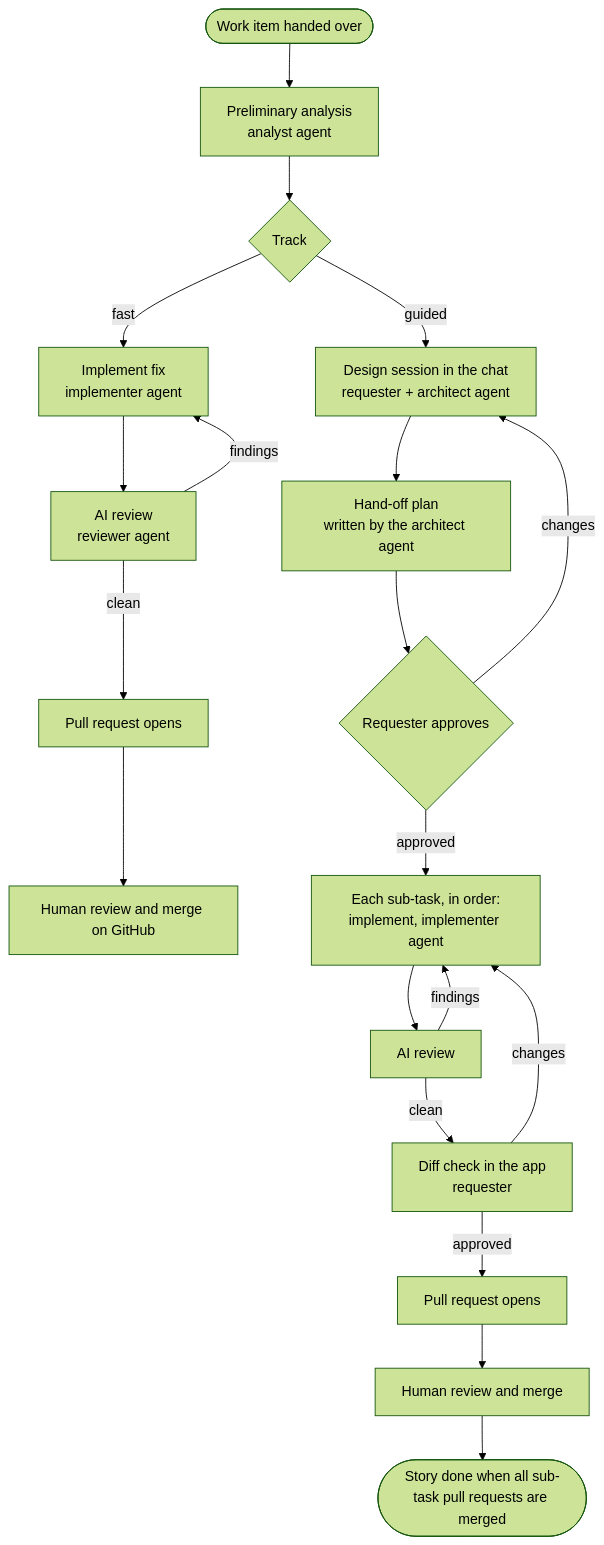
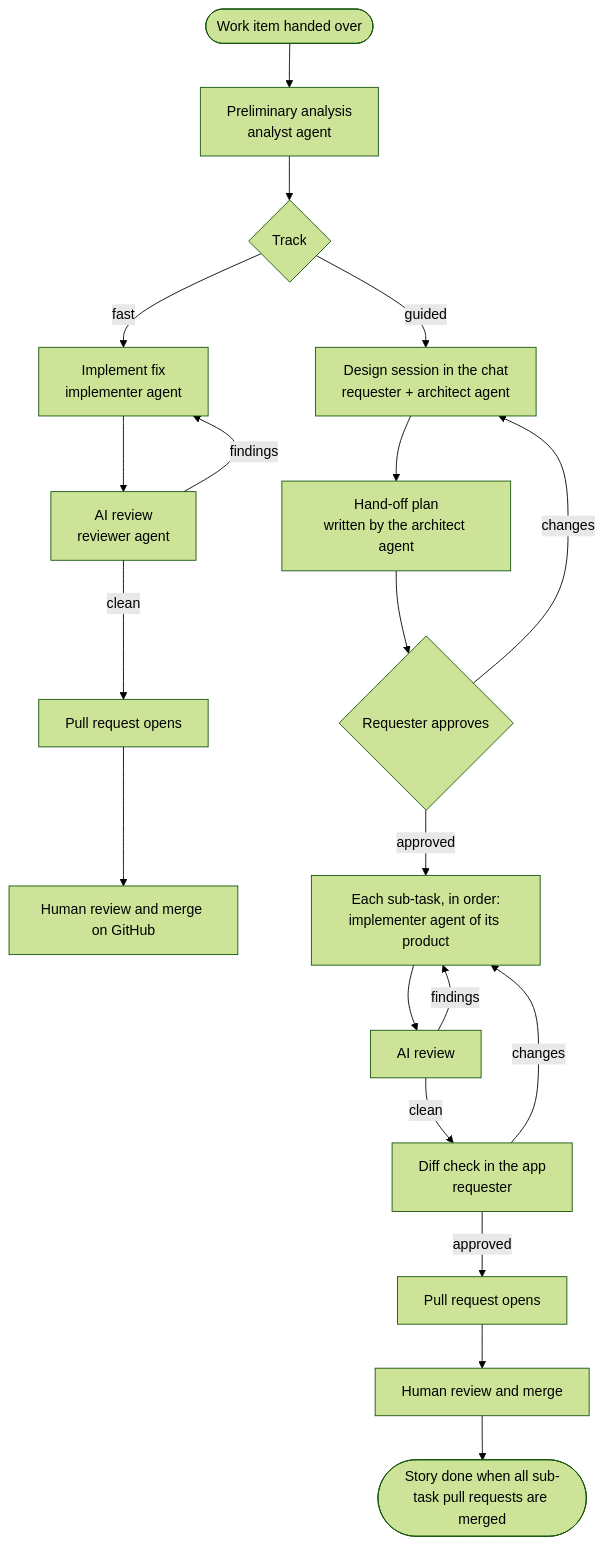
The diagram in docs/functional-requirements.md (luigi-lt/orchestrator), drawn with Mermaid (forest theme) before and after one commit. The commit also changed other lines of this file and 1 other file, not shown here.

````diff
--- a/docs/functional-requirements.md
+++ b/docs/functional-requirements.md
@@ -44,23 +51,23 @@
 ```mermaid
 flowchart TD
   start([Work item handed over]) --> analysis[Preliminary analysis<br/>analyst agent]
   analysis --> classify{Track}
   classify -->|fast| fix[Implement fix<br/>implementer agent]
   fix --> review1[AI review<br/>reviewer agent]
   review1 -->|findings| fix
   review1 -->|clean| pr1[Pull request opens]
   pr1 --> human1[Human review and merge on GitHub]
 
   classify -->|guided| session[Design session in the chat<br/>requester + architect agent]
   session --> handoff[Hand-off plan<br/>written by the architect agent]
   handoff --> approve{Requester approves}
   approve -->|changes| session
-  approve -->|approved| impl[Each sub-task, in order:<br/>implement, implementer agent]
+  approve -->|approved| impl[Each sub-task, in order:<br/>implementer agent of its product]
   impl --> review2[AI review]
   review2 -->|findings| impl
   review2 -->|clean| check[Diff check in the app<br/>requester]
   check -->|changes| impl
   check -->|approved| pr2[Pull request opens]
   pr2 --> human2[Human review and merge]
   human2 --> done([Story done when all sub-task pull requests are merged])
 ```
````
